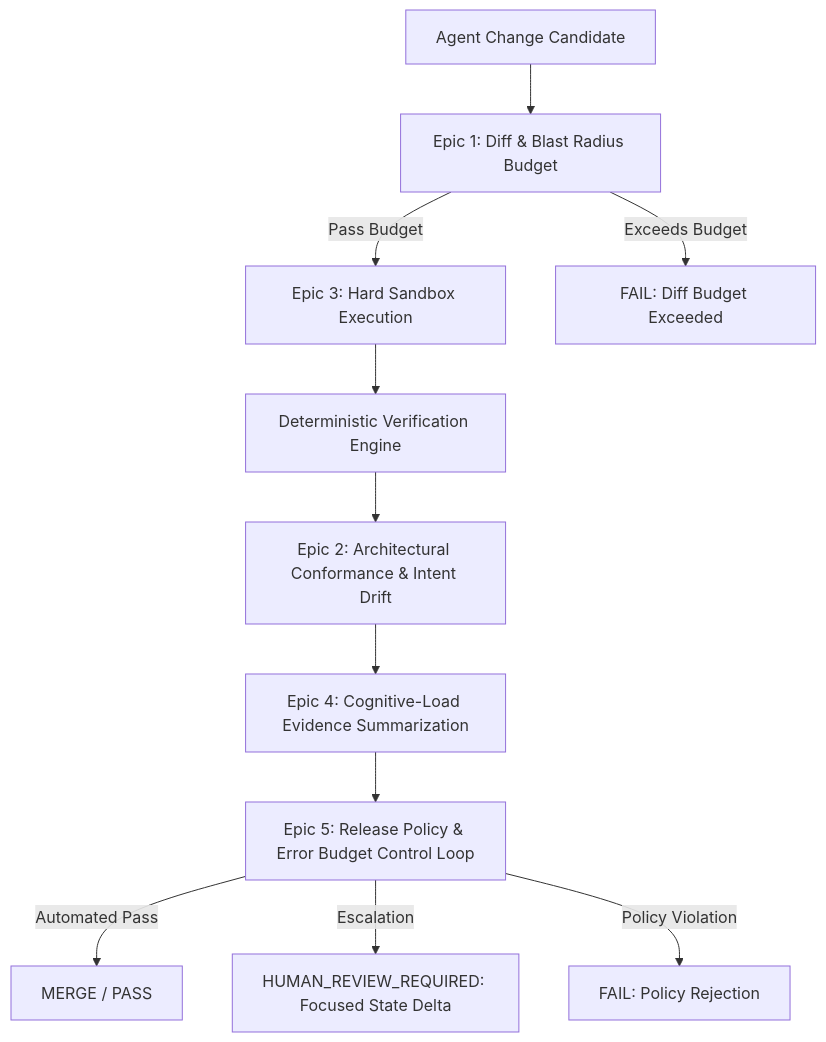
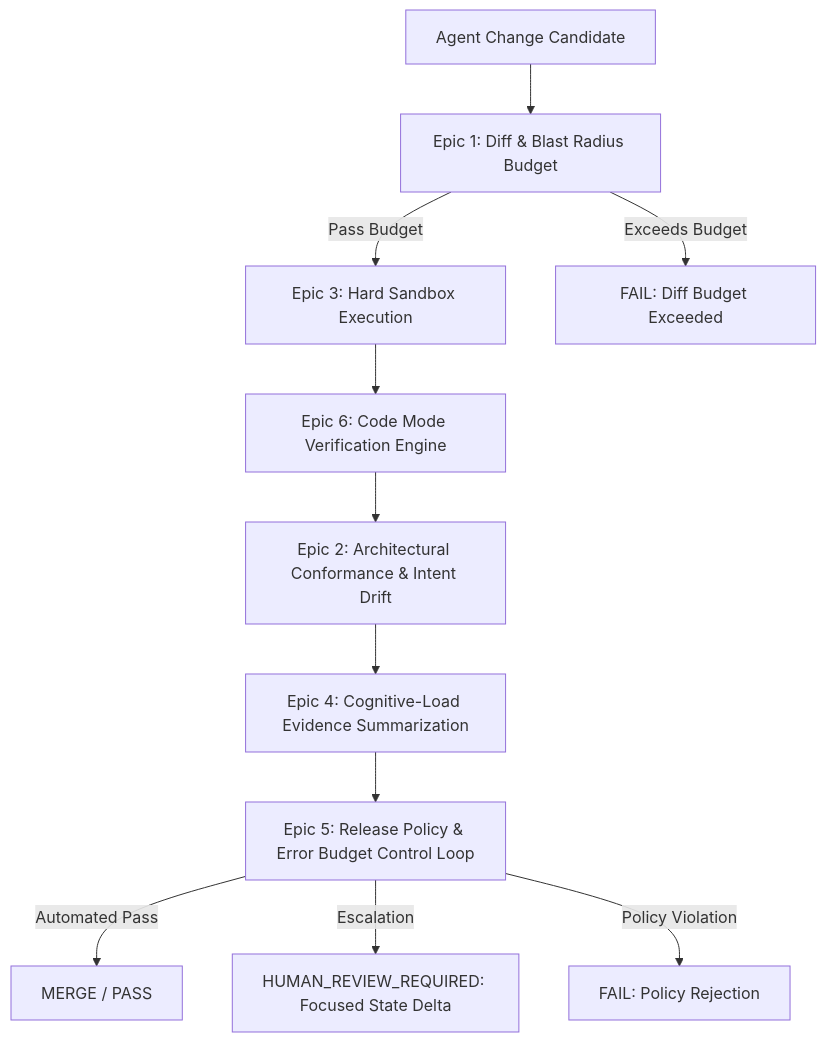
Before and after one commit to jerryshao2012/blindspot-remediation: the diagram in release-gate/docs/backlog.md, drawn with Mermaid. The commit also changed other lines of this file, not shown here.

First line of the commit message:
feat(docs): add Code Mode Verification Engine to backlog

````diff
--- a/release-gate/docs/backlog.md
+++ b/release-gate/docs/backlog.md
@@ -17,13 +17,13 @@
 ```mermaid
 flowchart TD
     A[Agent Change Candidate] --> B[Epic 1: Diff & Blast Radius Budget]
     B -->|Pass Budget| C[Epic 3: Hard Sandbox Execution]
     B -->|Exceeds Budget| R1[FAIL: Diff Budget Exceeded]
-    C --> D[Deterministic Verification Engine]
+    C --> D[Epic 6: Code Mode Verification Engine]
     D --> E[Epic 2: Architectural Conformance & Intent Drift]
     E --> F[Epic 4: Cognitive-Load Evidence Summarization]
     F --> G[Epic 5: Release Policy & Error Budget Control Loop]
     G -->|Automated Pass| H[MERGE / PASS]
     G -->|Escalation| I[HUMAN_REVIEW_REQUIRED: Focused State Delta]
     G -->|Policy Violation| J[FAIL: Policy Rejection]
 ```
````
